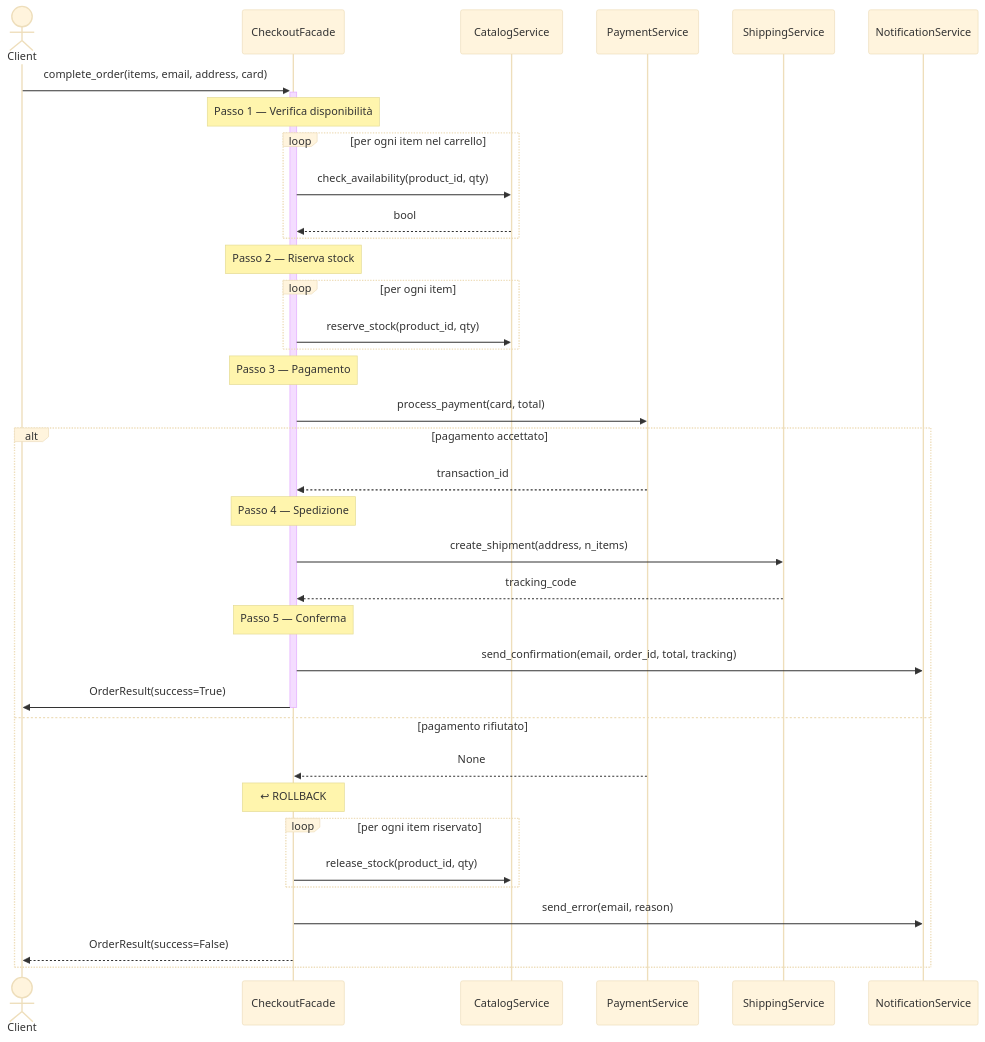
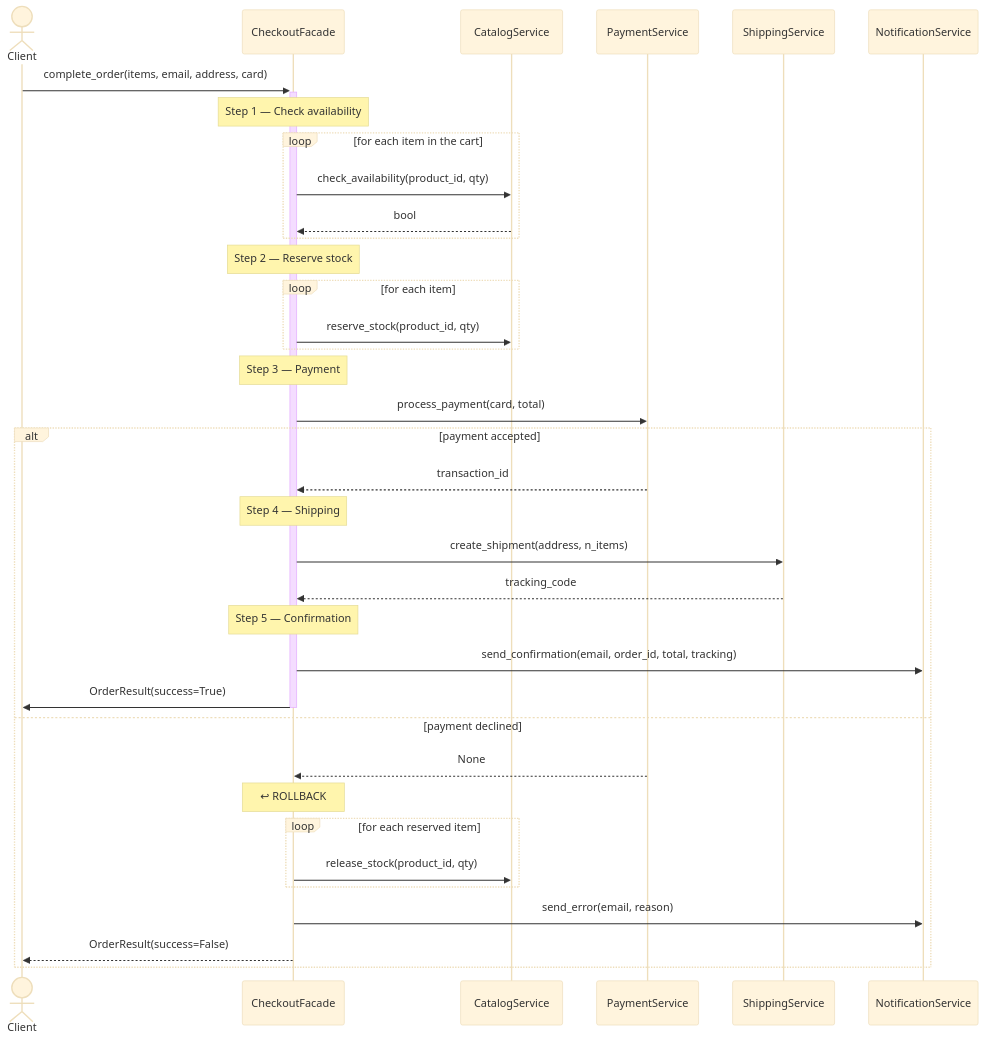
Before and after one commit to lucadileo9/design-pattern: the third of 3 diagrams in 02_structural/facade/README.md, drawn with Mermaid (base theme). The commit also changed other lines of this file and 43 other files, not shown here.

````diff
--- a/02_structural/facade/README.md
+++ b/02_structural/facade/README.md
@@ -135,46 +135,46 @@
 ```mermaid
 sequenceDiagram
     actor Client
     participant Facade as CheckoutFacade
     participant Catalog as CatalogService
     participant Payment as PaymentService
     participant Shipping as ShippingService
     participant Email as NotificationService
 
     Client ->>+ Facade: complete_order(items, email, address, card)
 
-    Note over Facade: Passo 1 — Verifica disponibilità
-    loop per ogni item nel carrello
+    Note over Facade: Step 1 — Check availability
+    loop for each item in the cart
         Facade ->> Catalog: check_availability(product_id, qty)
         Catalog -->> Facade: bool
     end
 
-    Note over Facade: Passo 2 — Riserva stock
-    loop per ogni item
+    Note over Facade: Step 2 — Reserve stock
+    loop for each item
         Facade ->> Catalog: reserve_stock(product_id, qty)
     end
 
-    Note over Facade: Passo 3 — Pagamento
+    Note over Facade: Step 3 — Payment
     Facade ->> Payment: process_payment(card, total)
 
-    alt pagamento accettato
+    alt payment accepted
         Payment -->> Facade: transaction_id
 
-        Note over Facade: Passo 4 — Spedizione
+        Note over Facade: Step 4 — Shipping
         Facade ->> Shipping: create_shipment(address, n_items)
         Shipping -->> Facade: tracking_code
 
-        Note over Facade: Passo 5 — Conferma
+        Note over Facade: Step 5 — Confirmation
         Facade ->> Email: send_confirmation(email, order_id, total, tracking)
         Facade ->>- Client: OrderResult(success=True)
 
-    else pagamento rifiutato
+    else payment declined
         Payment -->> Facade: None
         Note over Facade: ↩ ROLLBACK
-        loop per ogni item riservato
+        loop for each reserved item
             Facade ->> Catalog: release_stock(product_id, qty)
         end
         Facade ->> Email: send_error(email, reason)
         Facade -->> Client: OrderResult(success=False)
     end
 ```
````
